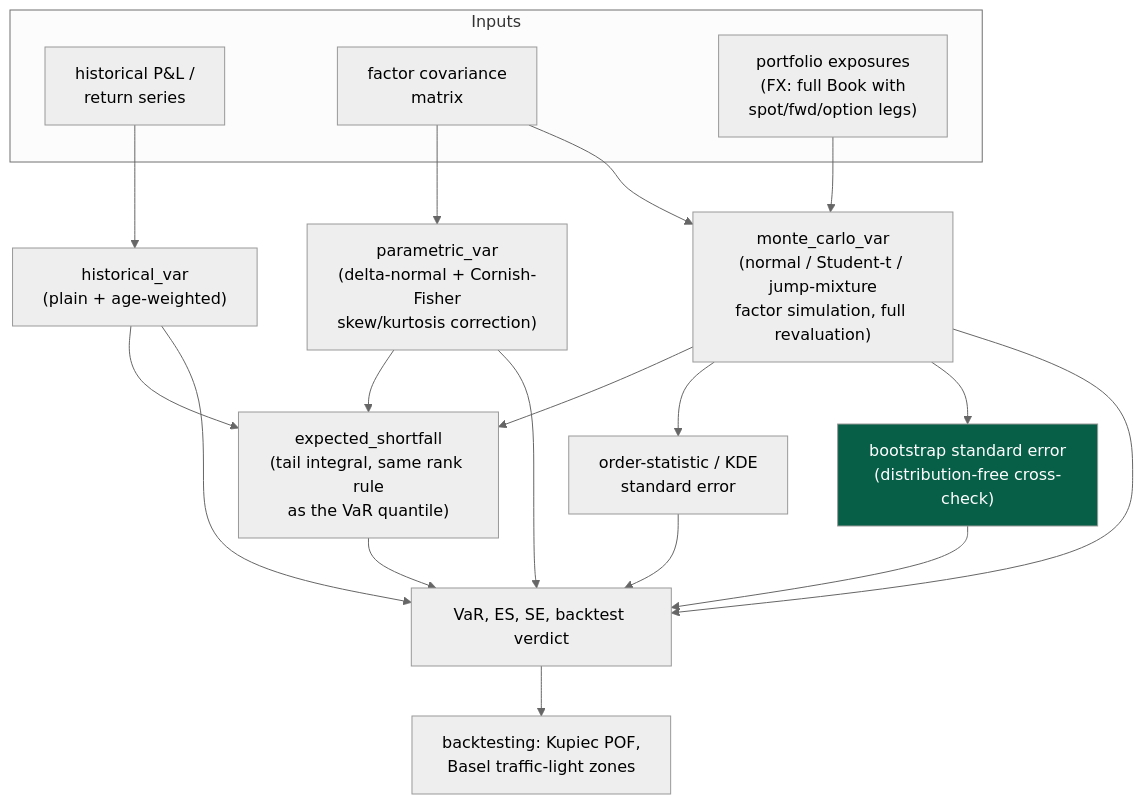
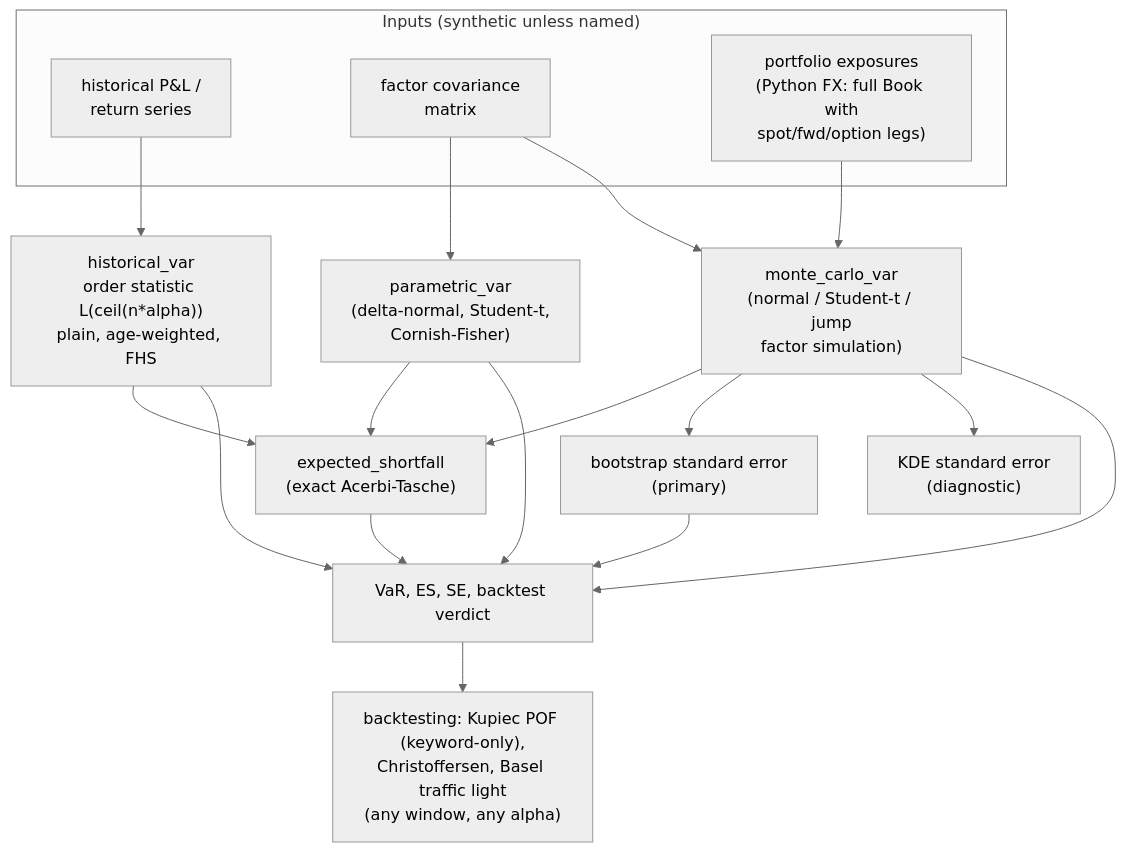
Before and after one commit to AshJha0/quant-portfolio: the fifth of 6 diagrams in docs/DIAGRAMS.md, drawn with Mermaid (neutral theme). The commit also changed other lines of this file and 2 other files, not shown here.

First line of the commit message:
docs: correct ARCHITECTURE, DIAGRAMS, MARKET_RISK to current conventions

````diff
--- a/docs/DIAGRAMS.md
+++ b/docs/DIAGRAMS.md
@@ -138,29 +159,27 @@
 ```mermaid
 flowchart TD
-    subgraph INPUTS["Inputs"]
+    subgraph INPUTS["Inputs (synthetic unless named)"]
         HIST["historical P&L /<br/>return series"]
         COV["factor covariance<br/>matrix"]
-        BOOK["portfolio exposures<br/>(FX: full Book with<br/>spot/fwd/option legs)"]
+        BOOK["portfolio exposures<br/>(Python FX: full Book with<br/>spot/fwd/option legs)"]
     end
 
-    HVAR["historical_var<br/>(plain + age-weighted)"]
-    PVAR["parametric_var<br/>(delta-normal + Cornish-Fisher<br/>skew/kurtosis correction)"]
-    MVAR["monte_carlo_var<br/>(normal / Student-t / jump-mixture<br/>factor simulation, full revaluation)"]
-    ES["expected_shortfall<br/>(tail integral, same rank rule<br/>as the VaR quantile)"]
-    SE1["order-statistic / KDE<br/>standard error"]
-    SE2["bootstrap standard error<br/>(distribution-free cross-check)"]
-    BT["backtesting: Kupiec POF,<br/>Basel traffic-light zones"]
+    HVAR["historical_var<br/>order statistic L(ceil(n*alpha))<br/>plain, age-weighted, FHS"]
+    PVAR["parametric_var<br/>(delta-normal, Student-t,<br/>Cornish-Fisher)"]
+    MVAR["monte_carlo_var<br/>(normal / Student-t / jump<br/>factor simulation)"]
+    ES["expected_shortfall<br/>(exact Acerbi-Tasche)"]
+    SE1["bootstrap standard error<br/>(primary)"]
+    SE2["KDE standard error<br/>(diagnostic)"]
+    BT["backtesting: Kupiec POF (keyword-only),<br/>Christoffersen, Basel traffic light<br/>(any window, any alpha)"]
     OUT["VaR, ES, SE, backtest verdict"]
 
     HIST --> HVAR
     COV --> PVAR
     BOOK --> MVAR
     COV --> MVAR
     HVAR & PVAR & MVAR --> ES
     MVAR --> SE1
     MVAR --> SE2
-    HVAR & PVAR & MVAR & ES & SE1 & SE2 --> OUT
+    HVAR & PVAR & MVAR & ES & SE1 --> OUT
     OUT --> BT
-
-    style SE2 fill:#065f46,color:#fff
 ```
````
